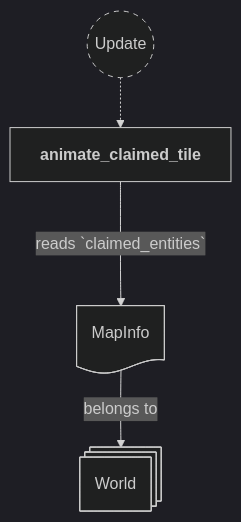
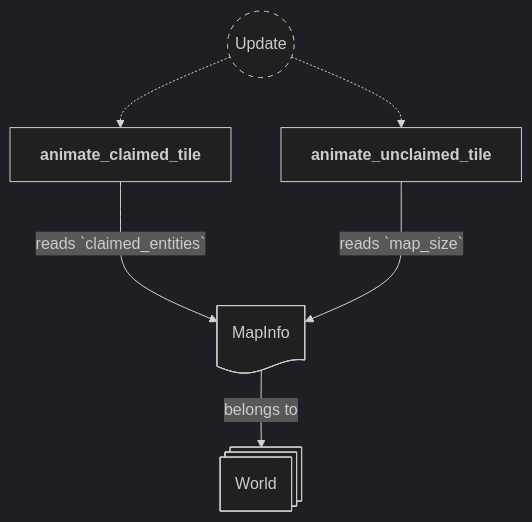
The ninth of 20 diagrams in backlog/docs/doc-5 - 004-Animations-plugin.md (neurosoup/tyled), drawn with Mermaid before and after one commit. The commit also changed other lines of this file and 1 other file, not shown here.

````diff
--- a/backlog/docs/doc-5 - 004-Animations-plugin.md
+++ b/backlog/docs/doc-5 - 004-Animations-plugin.md
@@ -330,21 +352,24 @@
 ```mermaid
 ---
 config:
   theme: dark
 ---
 
 flowchart TD
 classDef system-group stroke-dasharray: 5 5
 
 update(("`Update`")):::system-group
 animate_claimed_tile["`**animate_claimed_tile**`"]
+animate_unclaimed_tile["`**animate_unclaimed_tile**`"]
 
 update -.-> animate_claimed_tile
+update -.-> animate_unclaimed_tile
 
 world@{ shape: st-rect, label: "World" }
 map_info_res@{ shape: doc, label: "MapInfo" }
 
 map_info_res --> |belongs to| world
 
 animate_claimed_tile ---> |reads `claimed_entities`| map_info_res
+animate_unclaimed_tile ---> |reads `map_size`| map_info_res
 ```
````
